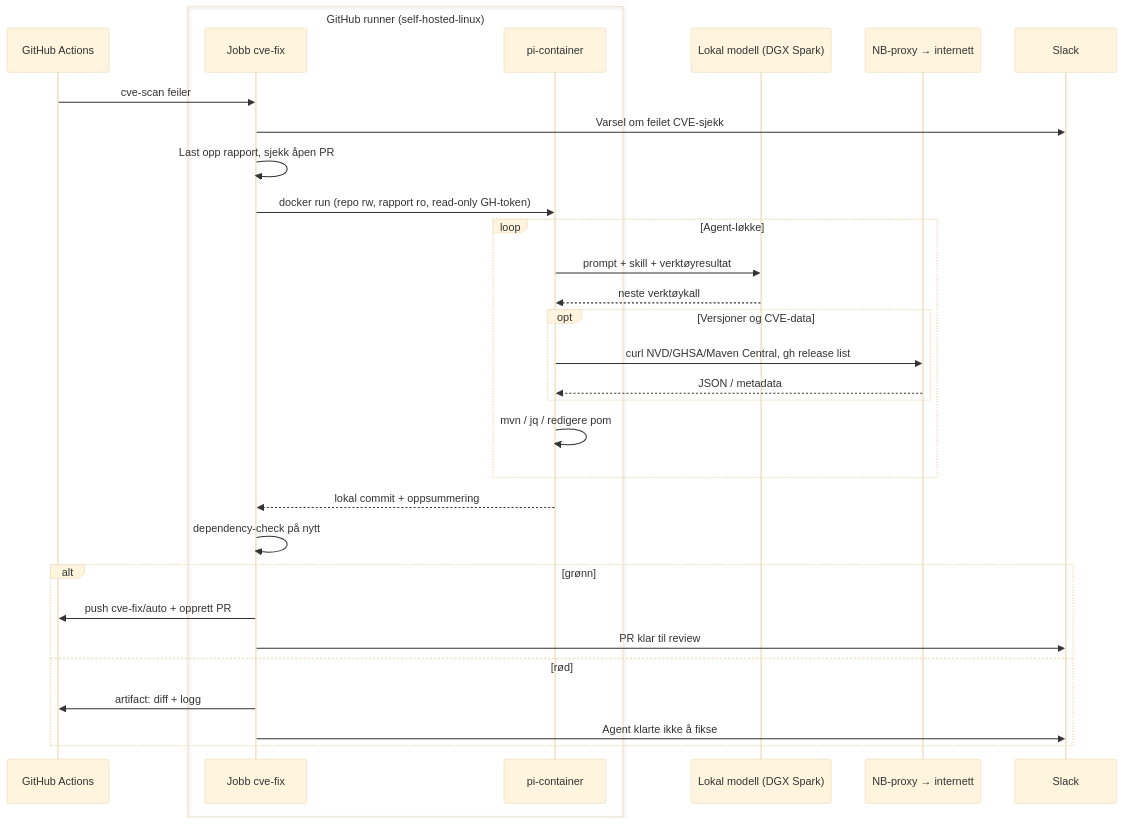
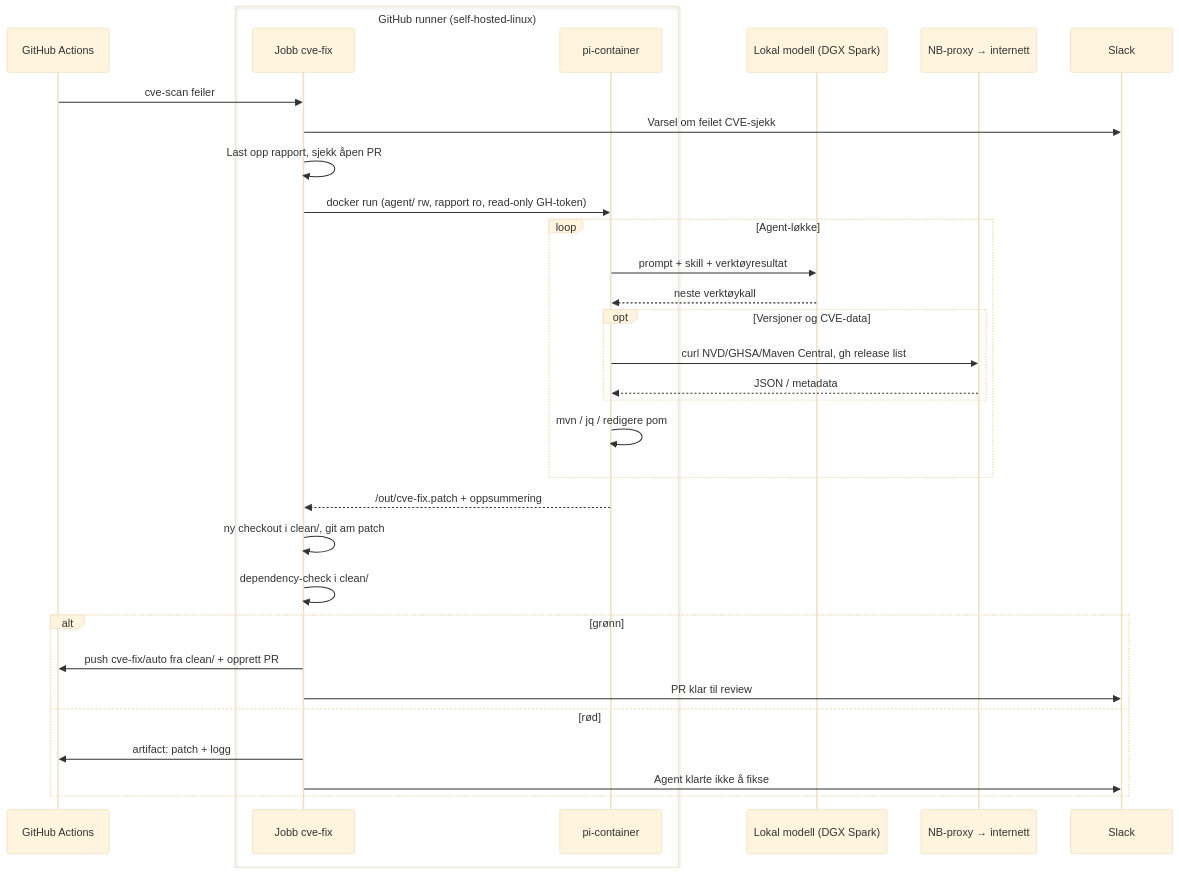
One commit to NationalLibraryOfNorway/nasa-workflows changed the second of 2 diagrams in docs/plan-cve-autofix.md. Above: the diagram before and after it, drawn with Mermaid (base theme). The commit also changed other lines of this file, not shown here.

First line of the commit message:
NO-REF docs(cve): agent leverer patch og bruker egen .m2 i planen

````diff
--- a/docs/plan-cve-autofix.md
+++ b/docs/plan-cve-autofix.md
@@ -77,34 +83,35 @@
 ```mermaid
 sequenceDiagram
     participant GH as GitHub Actions
     box GitHub runner (self-hosted-linux)
         participant R as Jobb cve-fix
         participant C as pi-container
     end
     participant LLM as Lokal modell (DGX Spark)
     participant PX as NB-proxy → internett
     participant S as Slack
 
     GH->>R: cve-scan feiler
     R->>S: Varsel om feilet CVE-sjekk
     R->>R: Last opp rapport, sjekk åpen PR
-    R->>C: docker run (repo rw, rapport ro, read-only GH-token)
+    R->>C: docker run (agent/ rw, rapport ro, read-only GH-token)
     loop Agent-løkke
         C->>LLM: prompt + skill + verktøyresultat
         LLM-->>C: neste verktøykall
         opt Versjoner og CVE-data
             C->>PX: curl NVD/GHSA/Maven Central, gh release list
             PX-->>C: JSON / metadata
         end
         C->>C: mvn / jq / redigere pom
     end
-    C-->>R: lokal commit + oppsummering
-    R->>R: dependency-check på nytt
+    C-->>R: /out/cve-fix.patch + oppsummering
+    R->>R: ny checkout i clean/, git am patch
+    R->>R: dependency-check i clean/
     alt grønn
-        R->>GH: push cve-fix/auto + opprett PR
+        R->>GH: push cve-fix/auto fra clean/ + opprett PR
         R->>S: PR klar til review
     else rød
-        R->>GH: artifact: diff + logg
+        R->>GH: artifact: patch + logg
         R->>S: Agent klarte ikke å fikse
     end
 ```
````
